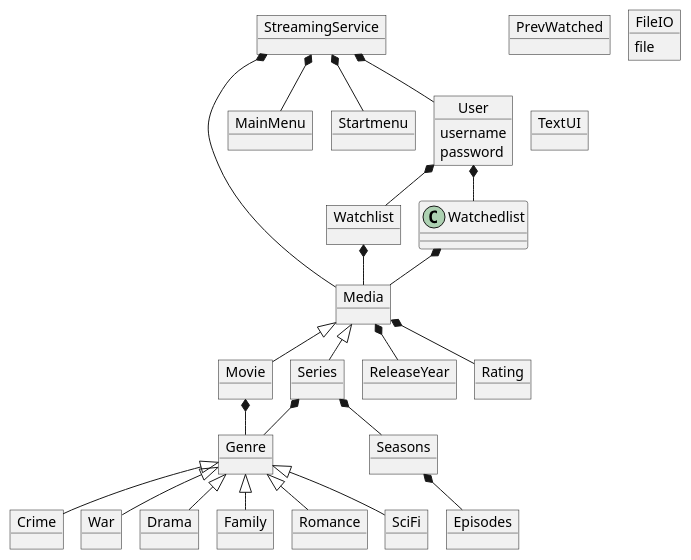
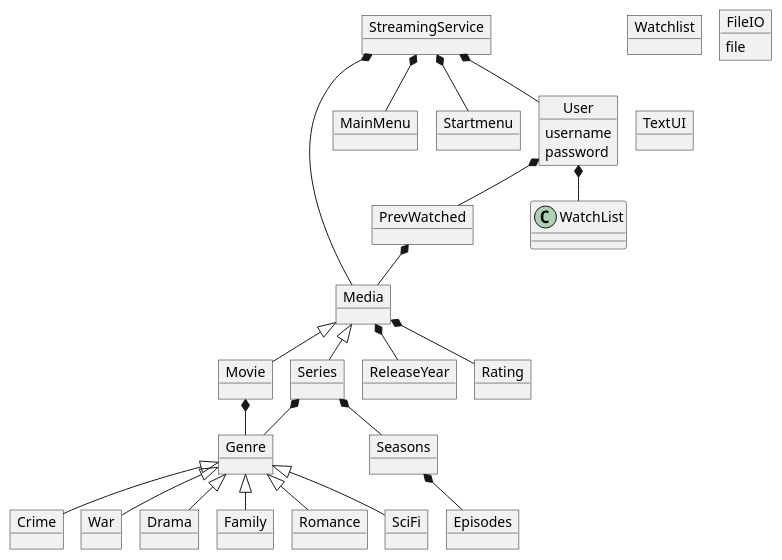
The diagram in doc/domainmodel/domain v1.puml (EmilDagsberg/SP3), drawn with PlantUML before and after one commit.

Commit message:
Finished domainmodel

```diff
--- a/doc/domainmodel/domain v1.puml
+++ b/doc/domainmodel/domain v1.puml
@@ -1,67 +1,66 @@
 @startuml
 !pragma layout smetana
 'https://plantuml.com/sequence-diagram
 
 object StreamingService
 
 object Media
 
 object MainMenu
 object Startmenu
 object Movie
 object Series
 object Genre
 object Crime
 object War
 object Drama
 object Family
 object Romance
 object SciFi
 object Seasons
 object Episodes
 object ReleaseYear
 object Rating
 object User
 User : username
 User : password
 object Watchlist
 object PrevWatched
 
 
 
 
 
 object FileIO
 FileIO : file
 object TextUI
 
 
 
 
 StreamingService *-- Media
 StreamingService *-- MainMenu
 StreamingService *-- Startmenu
 StreamingService *-- User
 Media <|-- Movie
 Media <|-- Series
 Movie *-- Genre
 Series *-- Genre
 Genre <|-- Crime
 Genre <|-- War
 Genre <|-- Drama
 Genre <|-- Family
 Genre <|-- Romance
 Genre <|-- SciFi
 Series *-- Seasons
 Seasons *-- Episodes
 Media *-- Rating
 Media *-- ReleaseYear
-User *-- Watchedlist
-User *-- Watchlist
-Watchlist *-- Media
-Watchedlist *-- Media
+User *-- PrevWatched
+User *-- WatchList
+PrevWatched *-- Media
 
 
 
 
 @enduml
```
